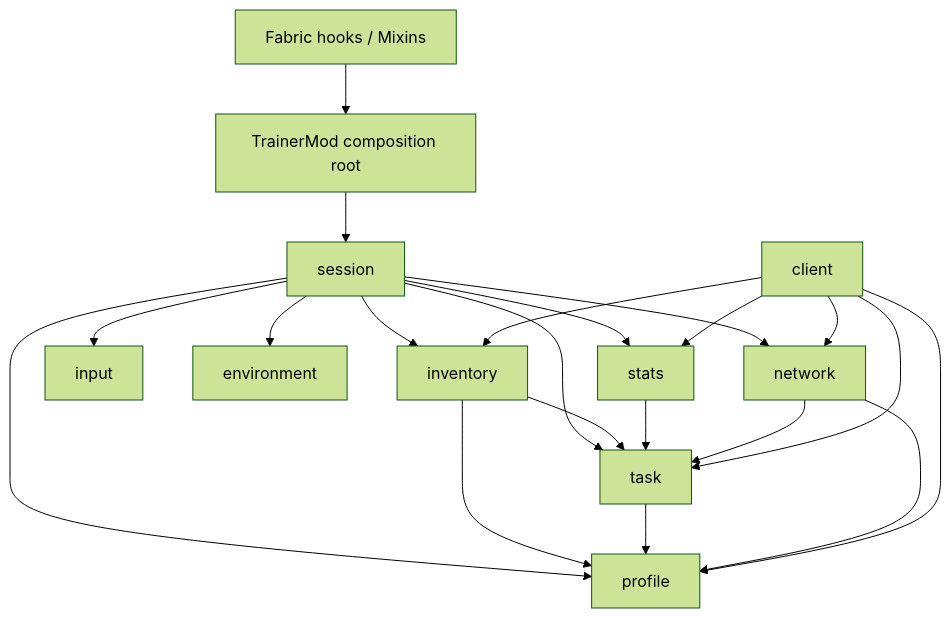
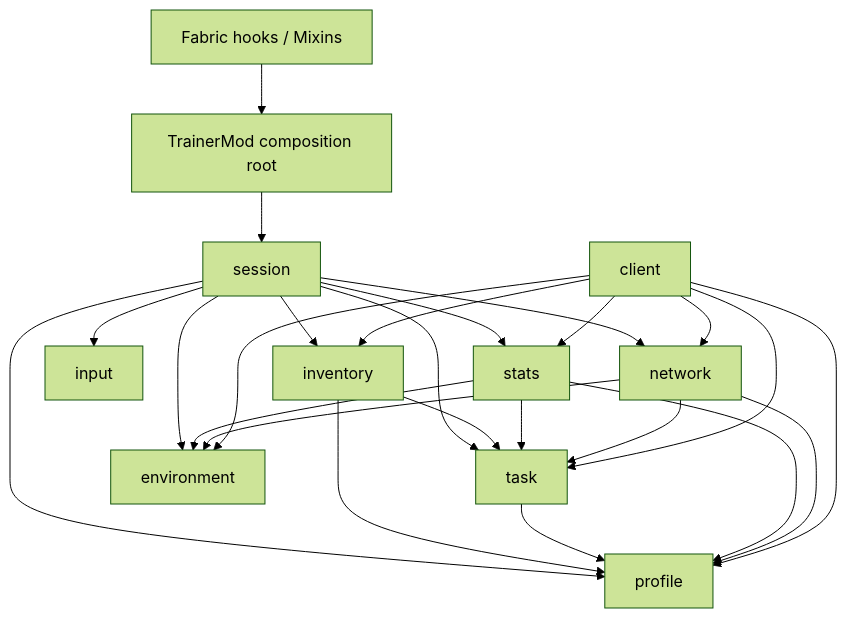
The diagram in docs/architecture.md (giltram/minecraft_swapping_practice), drawn with Mermaid (forest theme) before and after one commit. The commit also changed other lines of this file and 63 other files, not shown here.

````diff
--- a/docs/architecture.md
+++ b/docs/architecture.md
@@ -49,23 +55,27 @@
 ```mermaid
 flowchart TD
   Hooks[Fabric hooks / Mixins] --> Root[TrainerMod composition root]
   Root --> Sessions[session]
   Sessions --> Profiles[profile]
   Sessions --> Tasks[task]
   Sessions --> Inventory[inventory]
   Sessions --> Input[input]
   Sessions --> Environment[environment]
   Sessions --> Stats[stats]
   Sessions --> Network[network]
   Inventory --> Tasks
   Inventory --> Profiles
   Tasks --> Profiles
   Stats --> Tasks
+  Stats --> Environment
+  Stats --> Profiles
   Network --> Tasks
   Network --> Profiles
+  Network --> Environment
   Client[client] --> Network
   Client --> Inventory
   Client --> Profiles
   Client --> Tasks
   Client --> Stats
+  Client --> Environment
 ```
````
